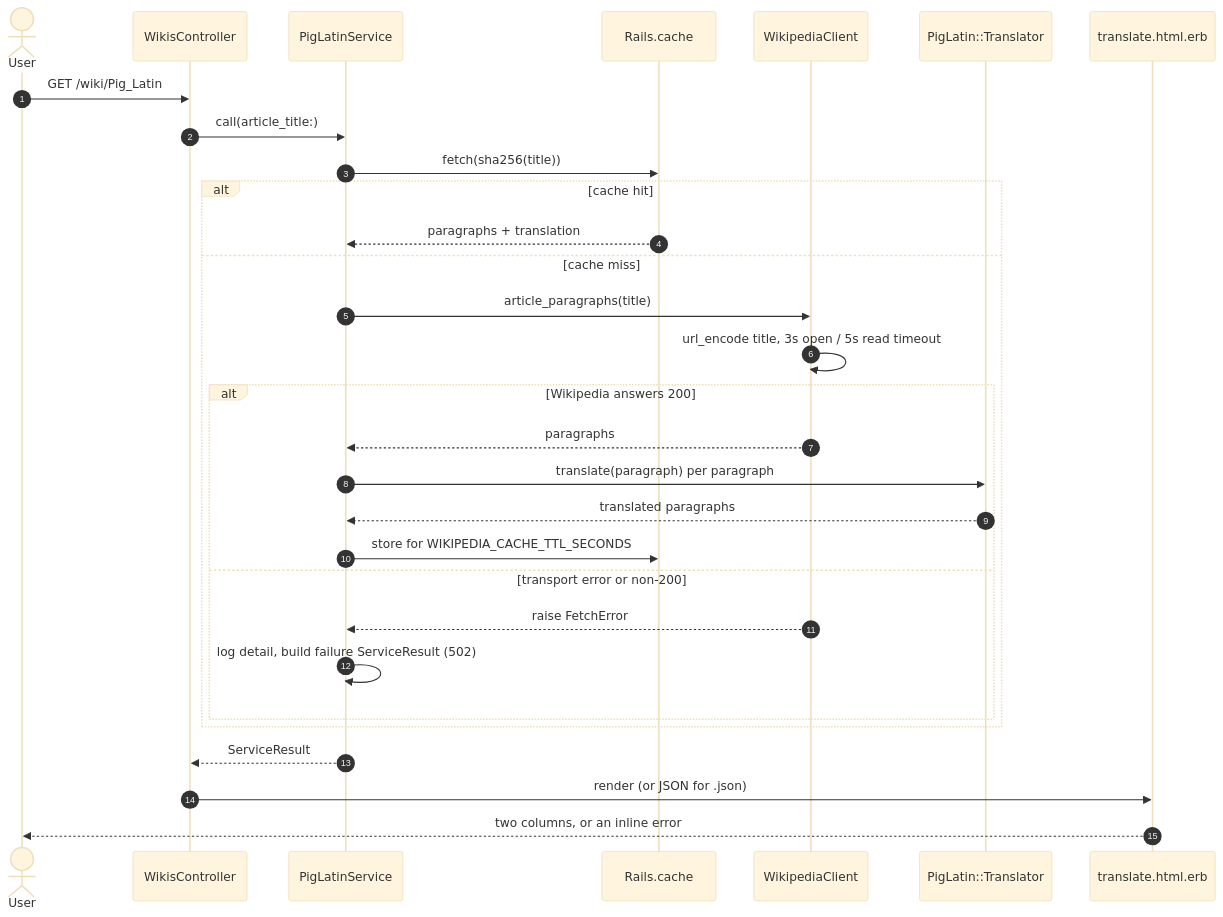
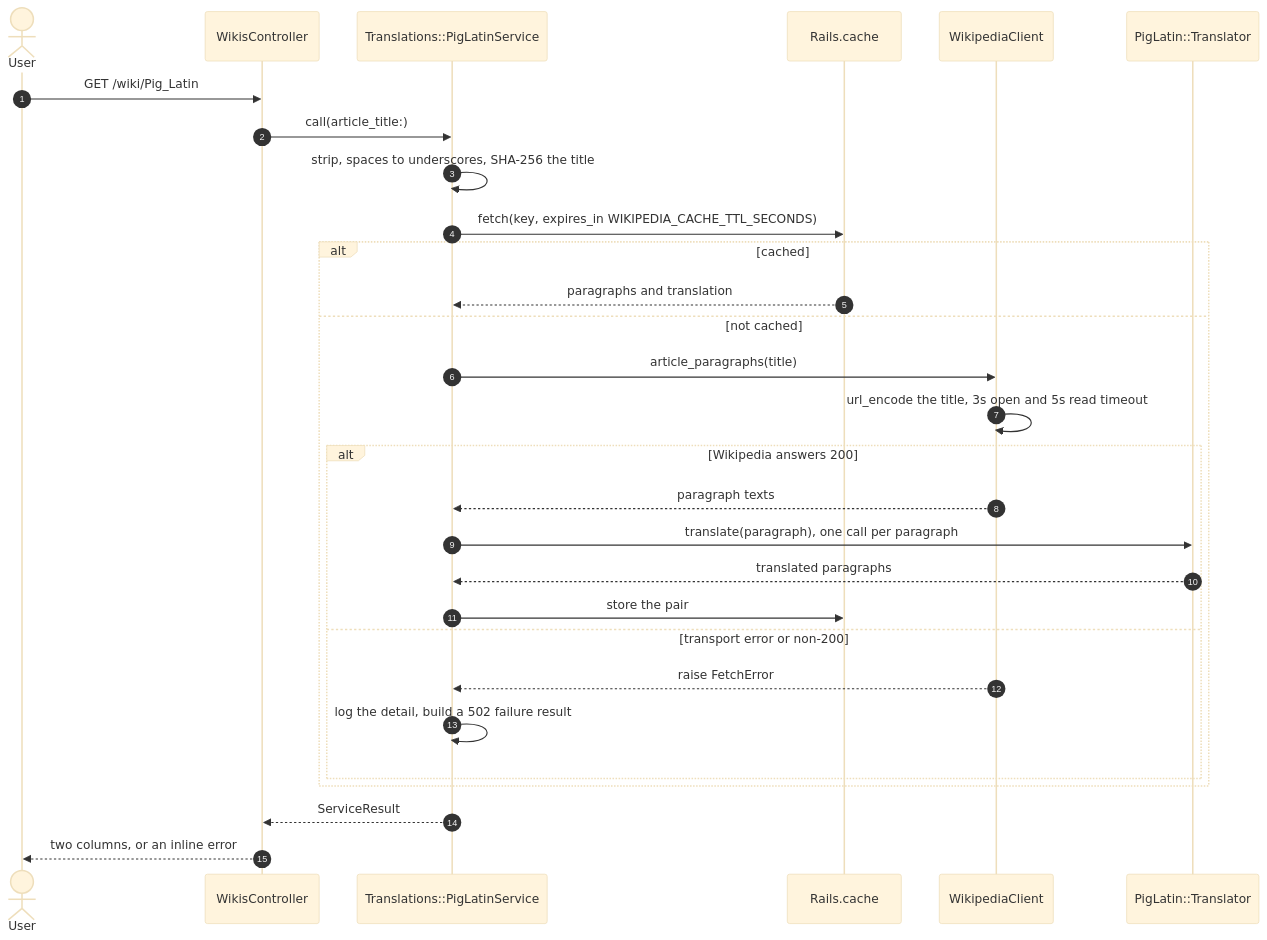
The diagram in README.md (TCMS31/ftf_assessment), drawn with Mermaid (base theme) before and after one commit. The commit also changed other lines of this file, not shown here.

````diff
--- a/README.md
+++ b/README.md
@@ -110,33 +52,32 @@
 ```mermaid
 sequenceDiagram
     autonumber
     actor User
     participant C as WikisController
-    participant S as PigLatinService
+    participant S as Translations::PigLatinService
     participant K as Rails.cache
     participant W as WikipediaClient
     participant T as PigLatin::Translator
-    participant V as translate.html.erb
 
     User->>C: GET /wiki/Pig_Latin
     C->>S: call(article_title:)
-    S->>K: fetch(sha256(title))
-    alt cache hit
-        K-->>S: paragraphs + translation
-    else cache miss
+    S->>S: strip, spaces to underscores, SHA-256 the title
+    S->>K: fetch(key, expires_in WIKIPEDIA_CACHE_TTL_SECONDS)
+    alt cached
+        K-->>S: paragraphs and translation
+    else not cached
         S->>W: article_paragraphs(title)
-        W->>W: url_encode title, 3s open / 5s read timeout
+        W->>W: url_encode the title, 3s open and 5s read timeout
         alt Wikipedia answers 200
-            W-->>S: paragraphs
-            S->>T: translate(paragraph) per paragraph
+            W-->>S: paragraph texts
+            S->>T: translate(paragraph), one call per paragraph
             T-->>S: translated paragraphs
-            S->>K: store for WIKIPEDIA_CACHE_TTL_SECONDS
+            S->>K: store the pair
         else transport error or non-200
             W-->>S: raise FetchError
-            S->>S: log detail, build failure ServiceResult (502)
+            S->>S: log the detail, build a 502 failure result
         end
     end
     S-->>C: ServiceResult
-    C->>V: render (or JSON for .json)
-    V-->>User: two columns, or an inline error
+    C-->>User: two columns, or an inline error
 ```
````
